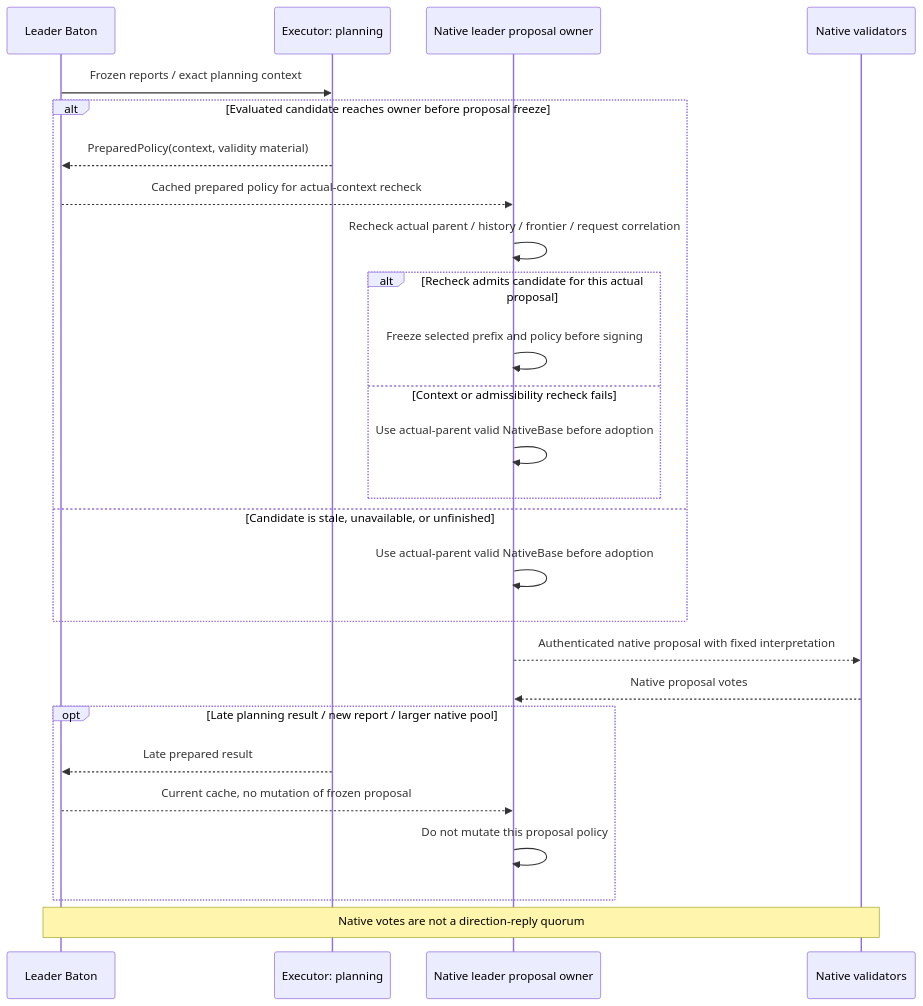
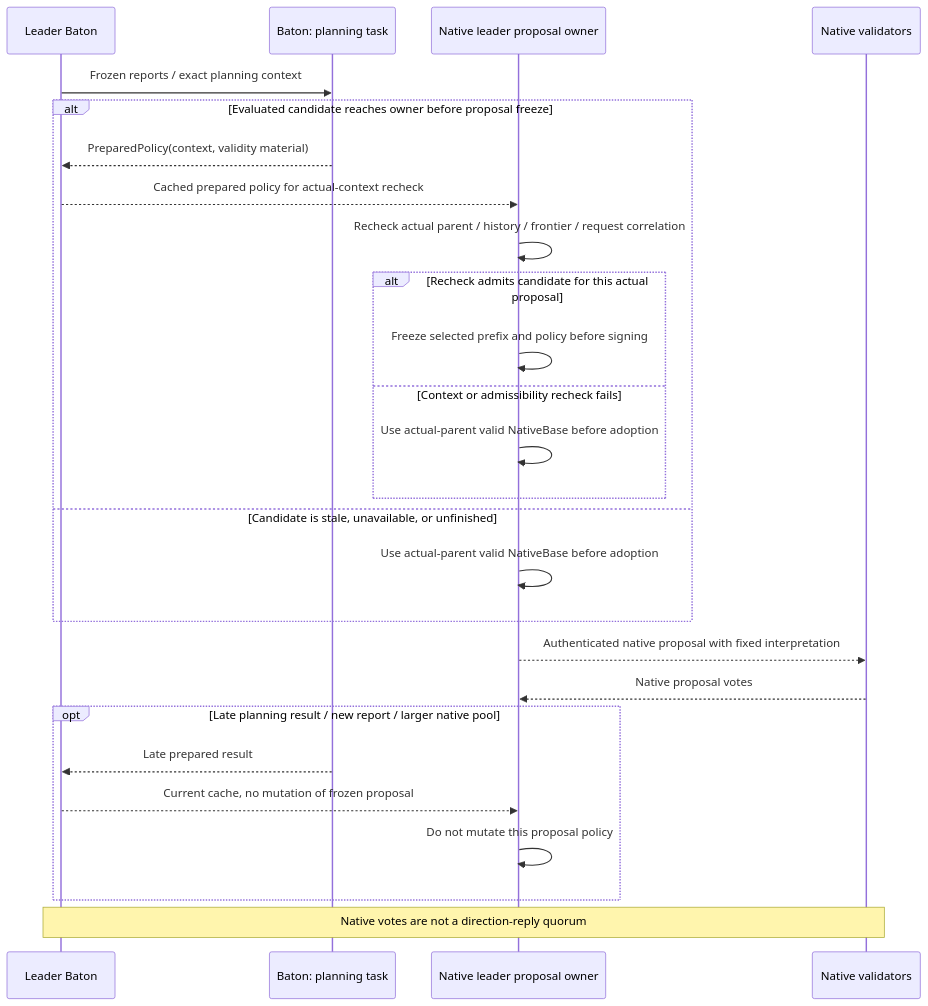
Before and after one commit to djm07073/baton-research: the second of 2 diagrams in docs/e2e/leader.md, drawn with Mermaid. The commit also changed other lines of this file and 67 other files, not shown here.

````diff
--- a/docs/e2e/leader.md
+++ b/docs/e2e/leader.md
@@ -46,28 +46,28 @@
 ```mermaid
 sequenceDiagram
     participant L as Leader Baton
-    participant P as Executor: planning
+    participant P as Baton: planning task
     participant N as Native leader proposal owner
     participant V as Native validators
     L->>P: Frozen reports / exact planning context
     alt Evaluated candidate reaches owner before proposal freeze
         P-->>L: PreparedPolicy(context, validity material)
         L-->>N: Cached prepared policy for actual-context recheck
         N->>N: Recheck actual parent / history / frontier / request correlation
         alt Recheck admits candidate for this actual proposal
             N->>N: Freeze selected prefix and policy before signing
         else Context or admissibility recheck fails
             N->>N: Use actual-parent valid NativeBase before adoption
         end
     else Candidate is stale, unavailable, or unfinished
         N->>N: Use actual-parent valid NativeBase before adoption
     end
     N-->>V: Authenticated native proposal with fixed interpretation
     V-->>N: Native proposal votes
     opt Late planning result / new report / larger native pool
         P-->>L: Late prepared result
         L-->>N: Current cache, no mutation of frozen proposal
         N->>N: Do not mutate this proposal policy
     end
     Note over L,V: Native votes are not a direction-reply quorum
 ```
````
